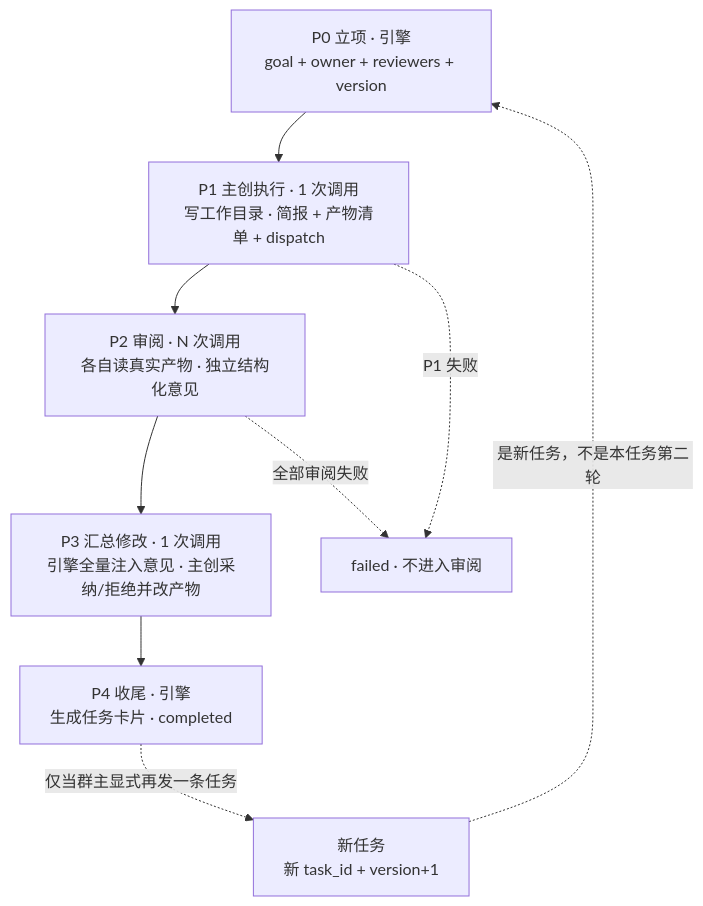
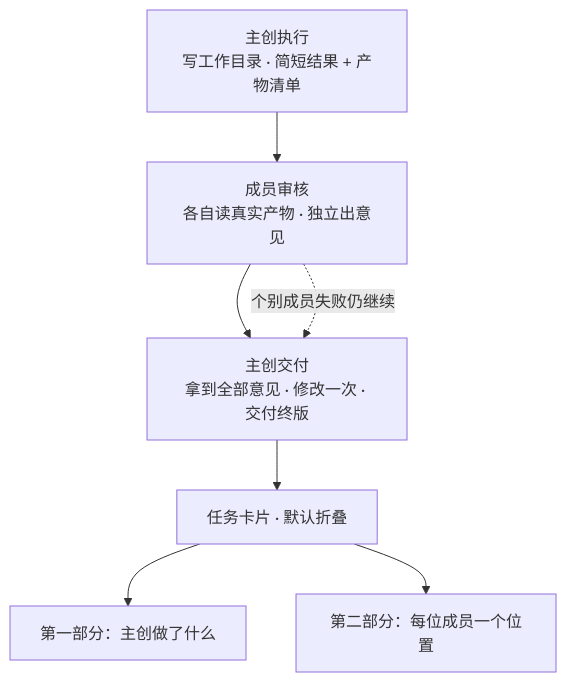
One commit to BinaryAlan/ai-atelier changed the second of 2 diagrams in docs/task-review-protocol.md. Above: the diagram before and after it, drawn with Mermaid. The commit also changed other lines of this file, not shown here.

````diff
--- a/docs/task-review-protocol.md
+++ b/docs/task-review-protocol.md
@@ -204,11 +246,9 @@
 ```mermaid
 flowchart TD
-    A["P0 立项 · 引擎<br/>goal + owner + reviewers + version"] --> B["P1 主创执行 · 1 次调用<br/>写工作目录 · 简报 + 产物清单 + dispatch"]
-    B --> C["P2 审阅 · N 次调用<br/>各自读真实产物 · 独立结构化意见"]
-    C --> D["P3 汇总修改 · 1 次调用<br/>引擎全量注入意见 · 主创采纳/拒绝并改产物"]
-    D --> E["P4 收尾 · 引擎<br/>生成任务卡片 · completed"]
-    E -.->|"仅当群主显式再发一条任务"| F["新任务<br/>新 task_id + version+1"]
-    F -.->|"是新任务，不是本任务第二轮"| A
-    B -.->|"P1 失败"| X["failed · 不进入审阅"]
-    C -.->|"全部审阅失败"| X
+    A["主创执行<br/>写工作目录 · 简短结果 + 产物清单"] --> B["成员审核<br/>各自读真实产物 · 独立出意见"]
+    B --> C["主创交付<br/>拿到全部意见 · 修改一次 · 交付终版"]
+    C --> D["任务卡片 · 默认折叠"]
+    D --> E["第一部分：主创做了什么"]
+    D --> F["第二部分：每位成员一个位置"]
+    B -.->|"个别成员失败仍继续"| C
 ```
````
